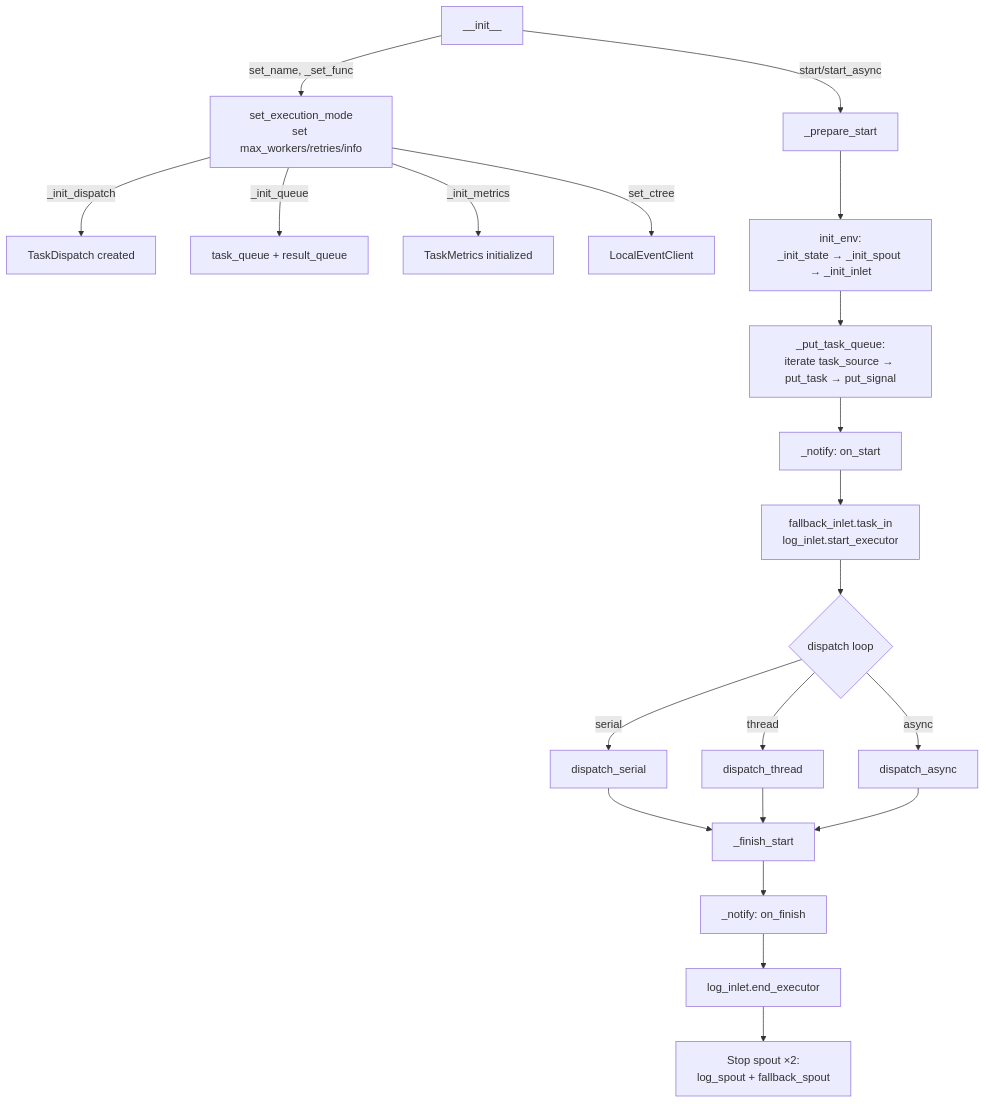
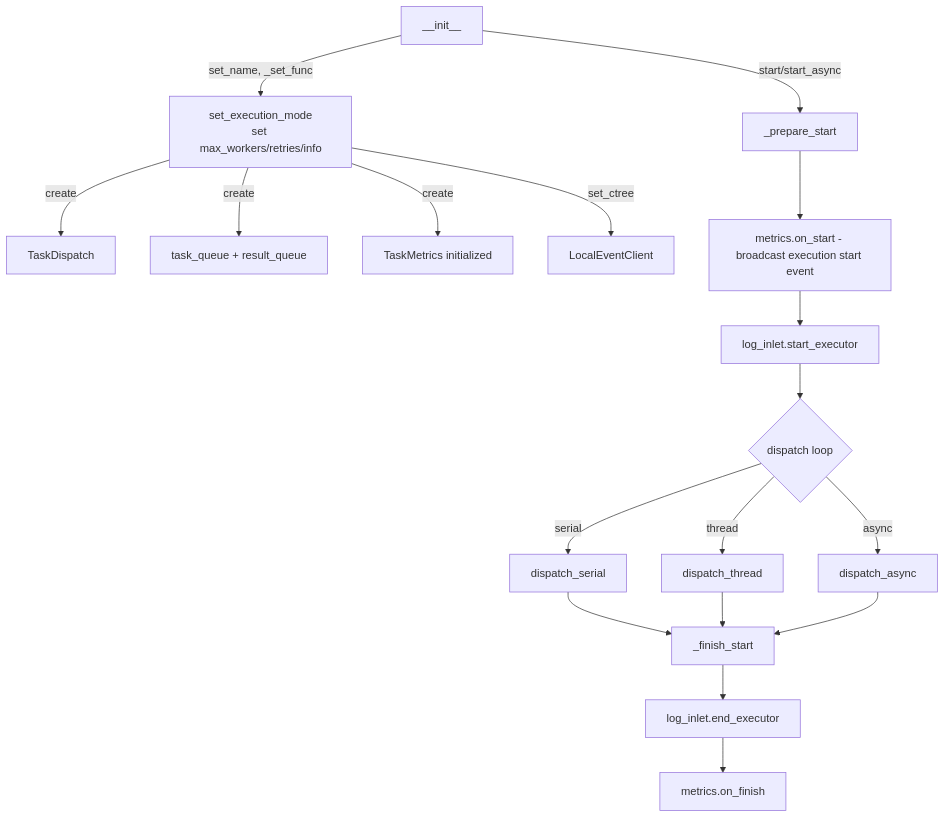
Before and after one commit to Mr-xiaotian/CelestialFlow: the diagram in docs/en/src/stage/core_executor.md, drawn with Mermaid. The commit also changed other lines of this file and 233 other files, not shown here.

````diff
--- a/docs/en/src/stage/core_executor.md
+++ b/docs/en/src/stage/core_executor.md
@@ -180,27 +177,23 @@
 ```mermaid
 flowchart TD
     INIT[__init__] -->|set_name, _set_func| CONFIG[set_execution_mode<br/>set max_workers/retries/info]
-    CONFIG -->|_init_dispatch| DISPATCH[TaskDispatch created]
-    CONFIG -->|_init_queue| QUEUE[task_queue + result_queue]
-    CONFIG -->|_init_metrics| METRICS[TaskMetrics initialized]
+    CONFIG -->|create| DISPATCH[TaskDispatch]
+    CONFIG -->|create| QUEUE[task_queue + result_queue]
+    CONFIG -->|create| METRICS[TaskMetrics initialized]
     CONFIG -->|set_ctree| CTREE[LocalEventClient]
 
     INIT -->|start/start_async| PREPARE[_prepare_start]
-    PREPARE --> ENV[init_env:<br/>_init_state → _init_spout → _init_inlet]
-    ENV --> PUT[_put_task_queue:<br/>iterate task_source → put_task → put_signal]
-    PUT --> NOTIFY_START[_notify: on_start]
-    NOTIFY_START --> LOG_START[fallback_inlet.task_in<br/>log_inlet.start_executor]
-
+    PREPARE --> METRICS_START[metrics.on_start - broadcast execution start event]
+    METRICS_START --> LOG_START[log_inlet.start_executor]
     LOG_START --> RUN{dispatch loop}
     RUN -->|serial| SERIAL[dispatch_serial]
     RUN -->|thread| THREAD[dispatch_thread]
     RUN -->|async| ASYNC[dispatch_async]
 
     SERIAL --> FINISH[_finish_start]
     THREAD --> FINISH
     ASYNC --> FINISH
 
-    FINISH --> NOTIFY_END[_notify: on_finish]
-    NOTIFY_END --> LOG_END[log_inlet.end_executor]
-    LOG_END --> STOP[Stop spout ×2:<br/>log_spout + fallback_spout]
+    FINISH --> LOG_END[log_inlet.end_executor]
+    LOG_END --> METRICS_FINISH[metrics.on_finish]
 ```
````
